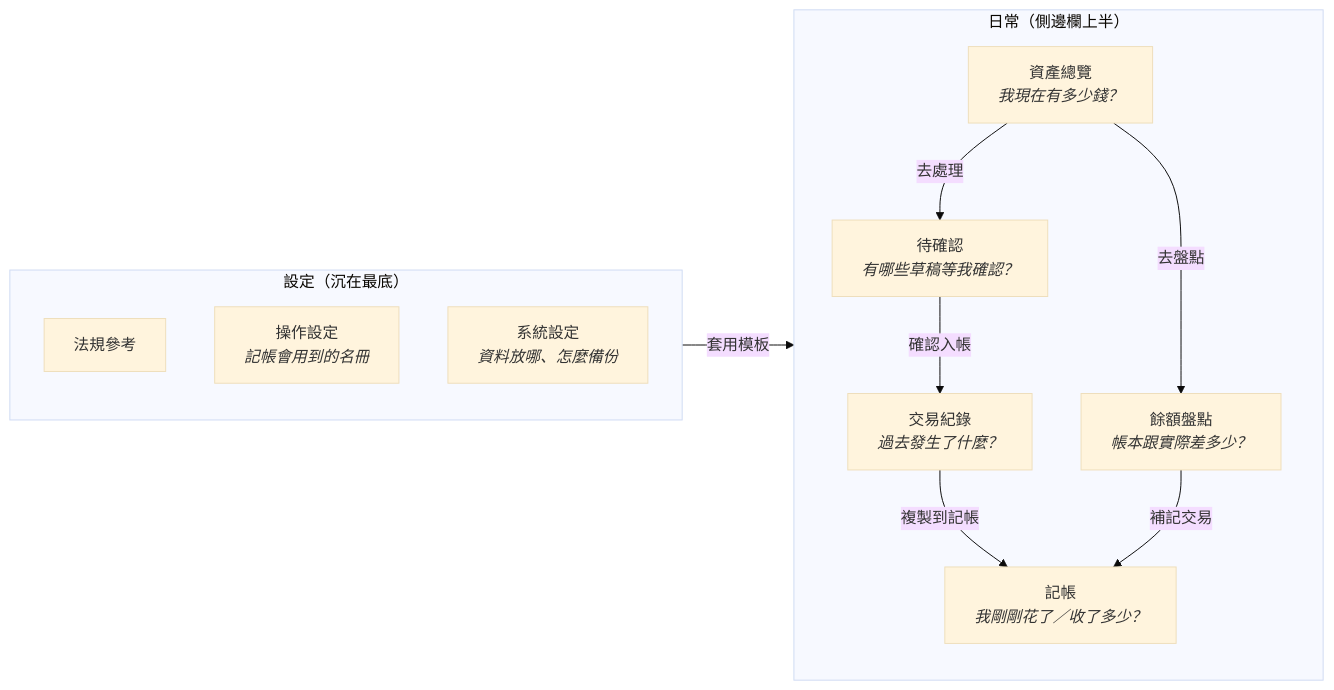
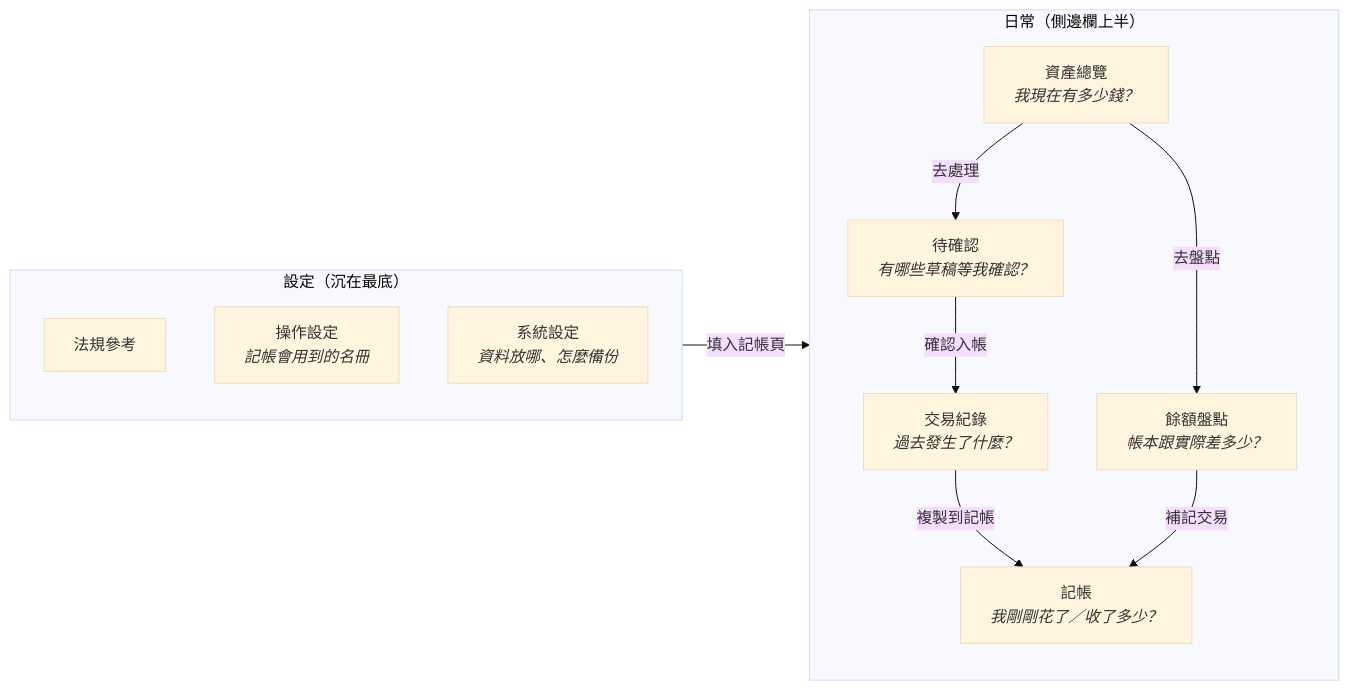
The first of 3 diagrams in docs/architecture/ui-workflows.md (SpringRain555/tagcor-ledger), drawn with Mermaid (base theme) before and after one commit. The commit also changed other lines of this file and 82 other files, not shown here.

````diff
--- a/docs/architecture/ui-workflows.md
+++ b/docs/architecture/ui-workflows.md
@@ -27,23 +27,23 @@
 ```mermaid
 flowchart LR
     subgraph 日常["日常（側邊欄上半）"]
         direction TB
         A["資產總覽<br/><i>我現在有多少錢？</i>"]
         B["記帳<br/><i>我剛剛花了／收了多少？</i>"]
         C["待確認<br/><i>有哪些草稿等我確認？</i>"]
         D["交易紀錄<br/><i>過去發生了什麼？</i>"]
         E["餘額盤點<br/><i>帳本跟實際差多少？</i>"]
     end
     subgraph 設定["設定（沉在最底）"]
         direction TB
         F["法規參考"]
         G["操作設定<br/><i>記帳會用到的名冊</i>"]
         H["系統設定<br/><i>資料放哪、怎麼備份</i>"]
     end
     A -->|去處理| C
     A -->|去盤點| E
     C -->|確認入帳| D
     D -->|複製到記帳| B
     E -->|補記交易| B
-    G -->|套用模板| B
+    G -->|填入記帳頁| B
 ```
````
